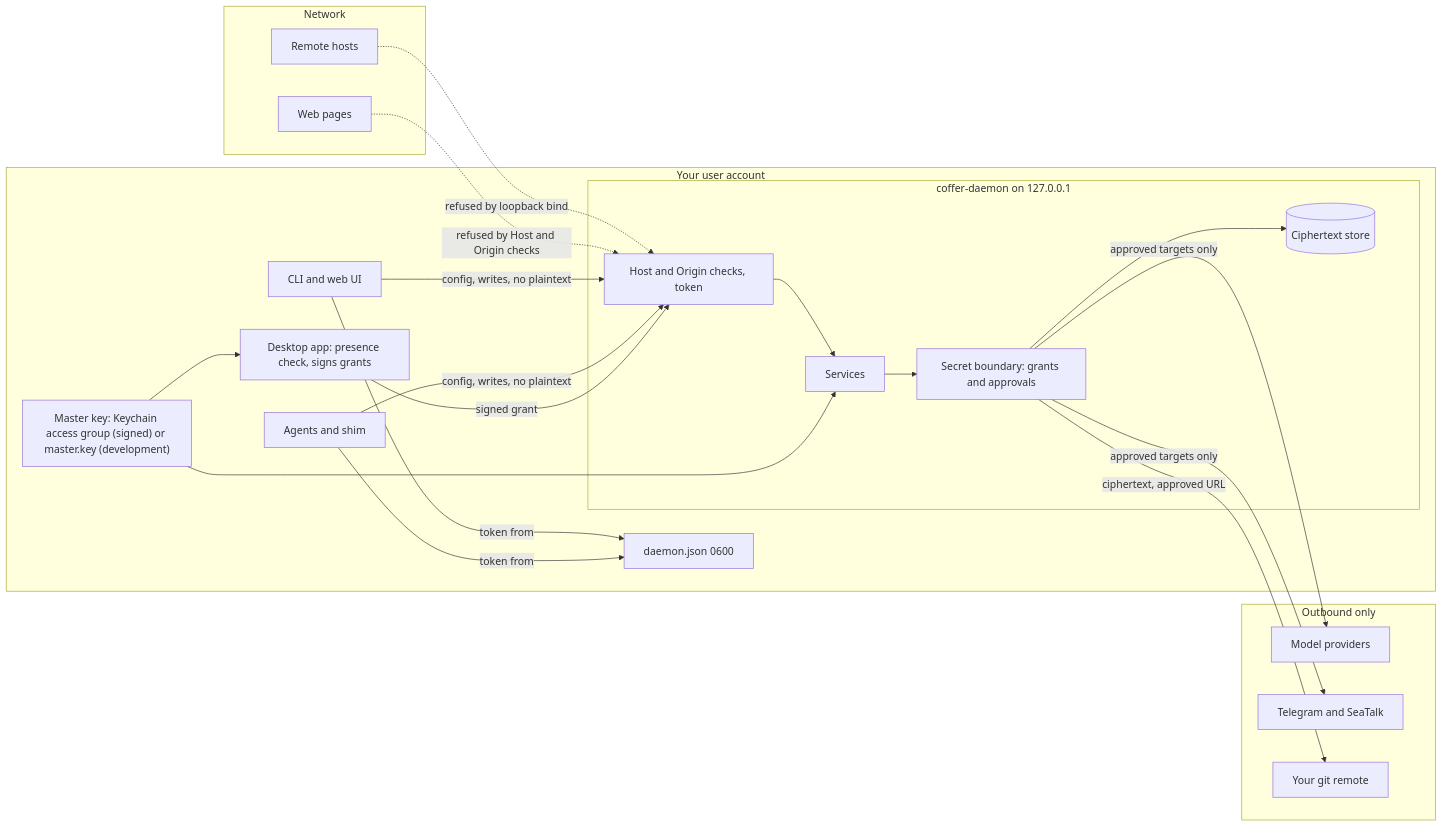
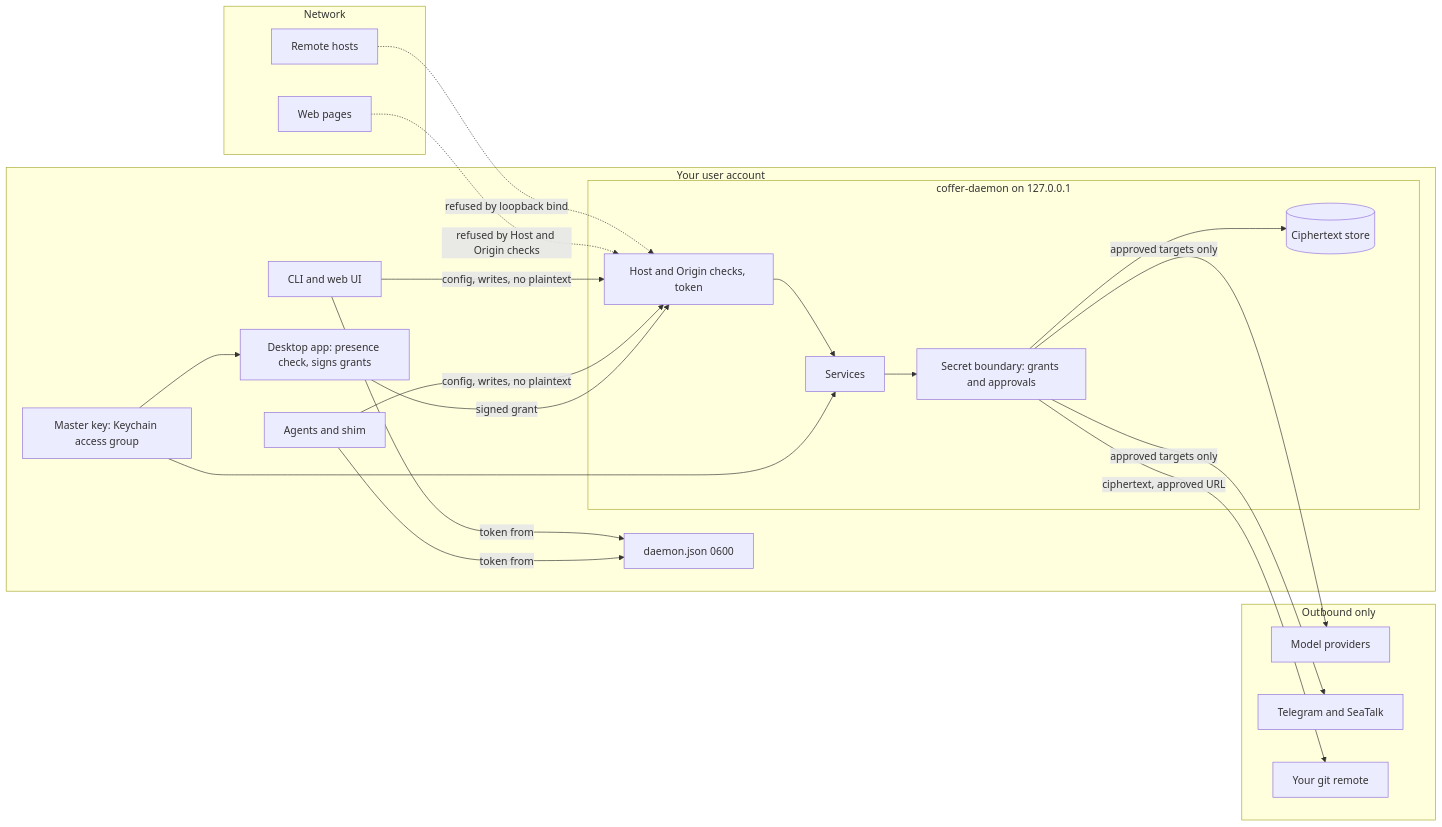
Before and after one commit to wyx-sg/Coffer: the diagram in docs-site/architecture/security.md, drawn with Mermaid. The commit also changed other lines of this file and 56 other files, not shown here.

First line of the commit message:
docs: fix Mermaid diagrams and describe the master key as Keychain-only (#619)

````diff
--- a/docs-site/architecture/security.md
+++ b/docs-site/architecture/security.md
@@ -84,40 +78,40 @@
 ```mermaid
 flowchart LR
   subgraph net["Network"]
     REMOTE["Remote hosts"]
     WEBPAGE["Web pages"]
   end
   subgraph user["Your user account"]
     AGENTS["Agents and shim"]
     CLIENTS["CLI and web UI"]
     DJ["daemon.json 0600"]
     subgraph daemon["coffer-daemon on 127.0.0.1"]
       GUARD["Host and Origin checks, token"]
       CORE["Services"]
       GATE["Secret boundary: grants and approvals"]
       STORE[("Ciphertext store")]
     end
     APP["Desktop app: presence check, signs grants"]
-    KEY["Master key: Keychain access group (signed) or master.key (development)"]
+    KEY["Master key: Keychain access group"]
   end
   subgraph ext["Outbound only"]
     PROV["Model providers"]
     IM["Telegram and SeaTalk"]
     GIT["Your git remote"]
   end
   REMOTE -.->|"refused by loopback bind"| GUARD
   WEBPAGE -.->|"refused by Host and Origin checks"| GUARD
   CLIENTS -->|token from| DJ
   AGENTS -->|token from| DJ
   CLIENTS -->|"config, writes, no plaintext"| GUARD
   AGENTS -->|"config, writes, no plaintext"| GUARD
   APP -->|"signed grant"| GUARD
   GUARD --> CORE
   CORE --> GATE
   GATE --> STORE
   KEY --> CORE
   KEY --> APP
   GATE -->|"approved targets only"| PROV
   GATE -->|"approved targets only"| IM
   GATE -->|"ciphertext, approved URL"| GIT
 ```
````
